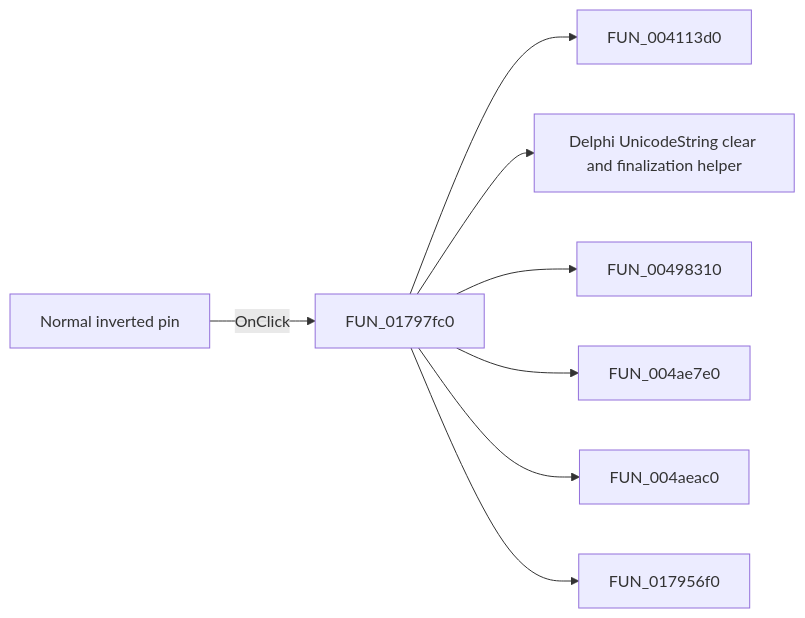
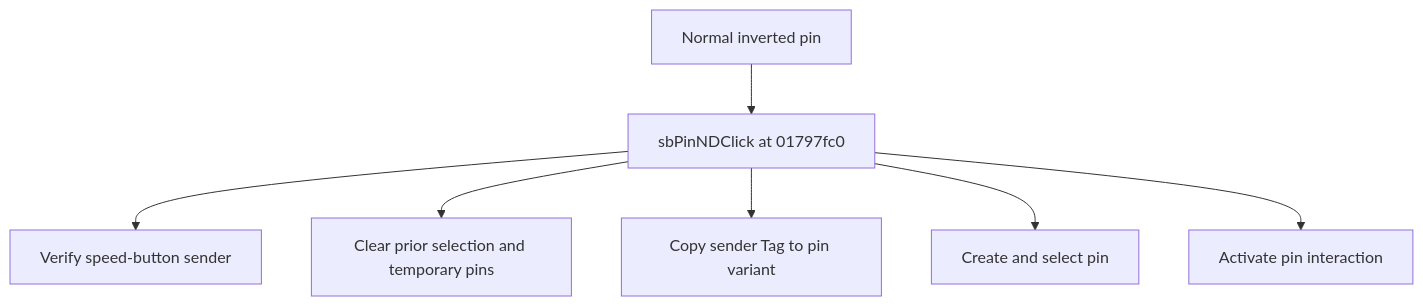
Before and after one commit to MovGP0/TIARA: the diagram in docs/ui-controls/shapeedit/sbpinnd-ff0e4316dd.md, drawn with Mermaid. The commit also changed other lines of this file and 1062 other files, not shown here.

````diff
--- a/docs/ui-controls/shapeedit/sbpinnd-ff0e4316dd.md
+++ b/docs/ui-controls/shapeedit/sbpinnd-ff0e4316dd.md
@@ -27,10 +27,9 @@
 ```mermaid
-flowchart LR
-    control["Normal inverted pin"] -->|OnClick| handler["FUN_01797fc0"]
-    handler --> call1["FUN_004113d0"]
-    handler --> call2["Delphi UnicodeString clear and finalization helper"]
-    handler --> call3["FUN_00498310"]
-    handler --> call4["FUN_004ae7e0"]
-    handler --> call5["FUN_004aeac0"]
-    handler --> call6["FUN_017956f0"]
+flowchart TD
+    control["Normal inverted pin"] --> handler["sbPinNDClick at 01797fc0"]
+    handler --> step1["Verify speed-button sender"]
+    handler --> step2["Clear prior selection and temporary pins"]
+    handler --> step3["Copy sender Tag to pin variant"]
+    handler --> step4["Create and select pin"]
+    handler --> step5["Activate pin interaction"]
 ```
````
